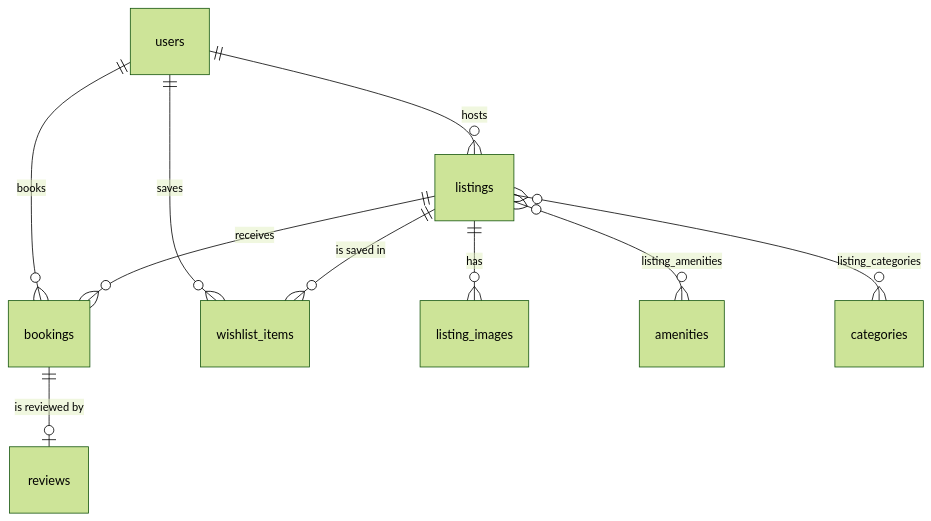
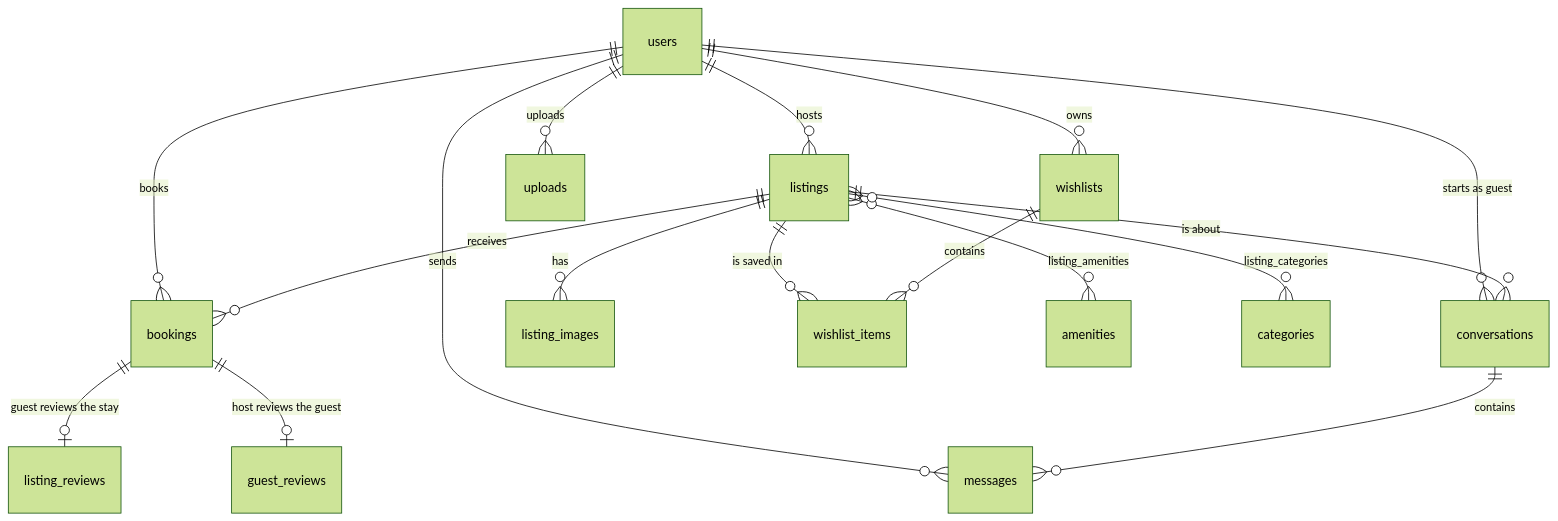
The diagram in README.md (MridulNegi2005/airbnb-clone), drawn with Mermaid (forest theme) before and after one commit. The commit also changed other lines of this file and 1 other file, not shown here.

Commit message:
Document v2 architecture, delete rules, limits and deployment

````diff
--- a/README.md
+++ b/README.md
@@ -64,12 +83,19 @@
 ```mermaid
 erDiagram
     users ||--o{ listings : hosts
     users ||--o{ bookings : books
-    users ||--o{ wishlist_items : saves
+    users ||--o{ wishlists : owns
+    users ||--o{ uploads : uploads
+    users ||--o{ conversations : "starts as guest"
+    users ||--o{ messages : sends
     listings ||--o{ listing_images : has
     listings ||--o{ bookings : receives
     listings ||--o{ wishlist_items : "is saved in"
+    listings ||--o{ conversations : "is about"
     listings }o--o{ amenities : listing_amenities
     listings }o--o{ categories : listing_categories
-    bookings ||--o| reviews : "is reviewed by"
+    wishlists ||--o{ wishlist_items : contains
+    bookings ||--o| listing_reviews : "guest reviews the stay"
+    bookings ||--o| guest_reviews : "host reviews the guest"
+    conversations ||--o{ messages : contains
 ```
````
